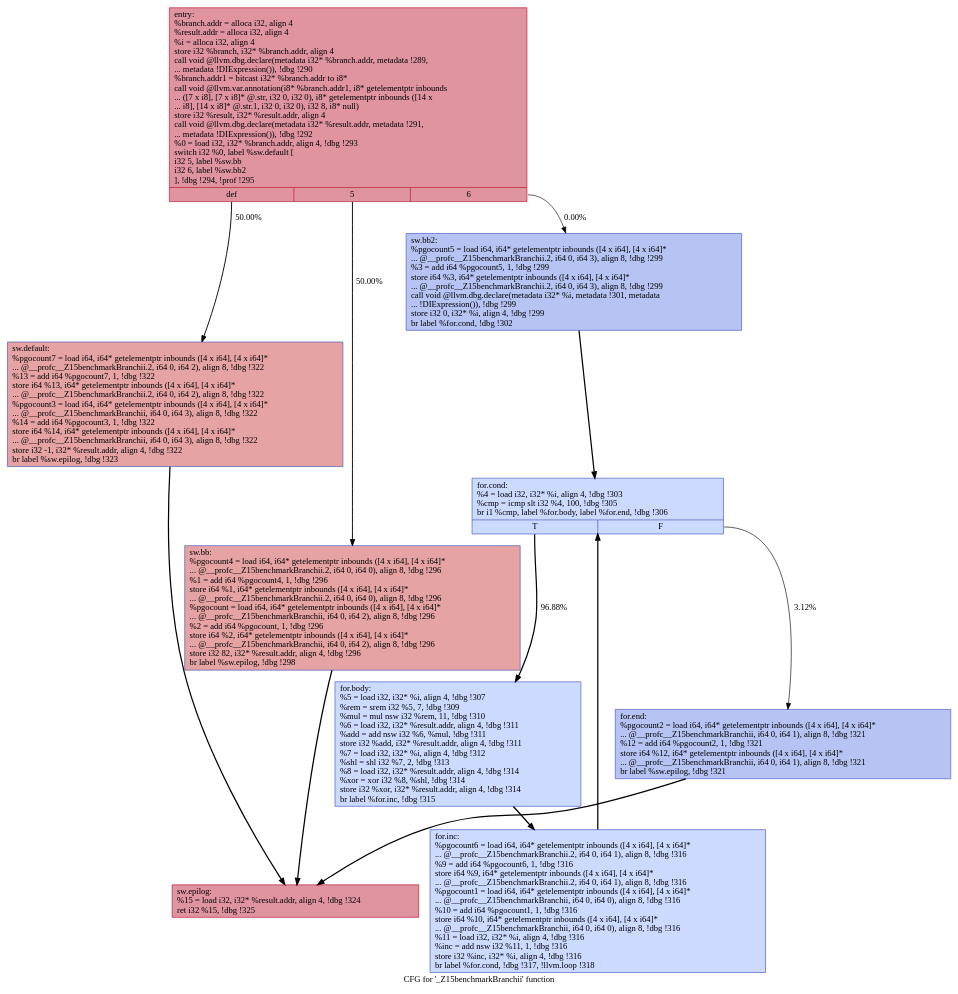
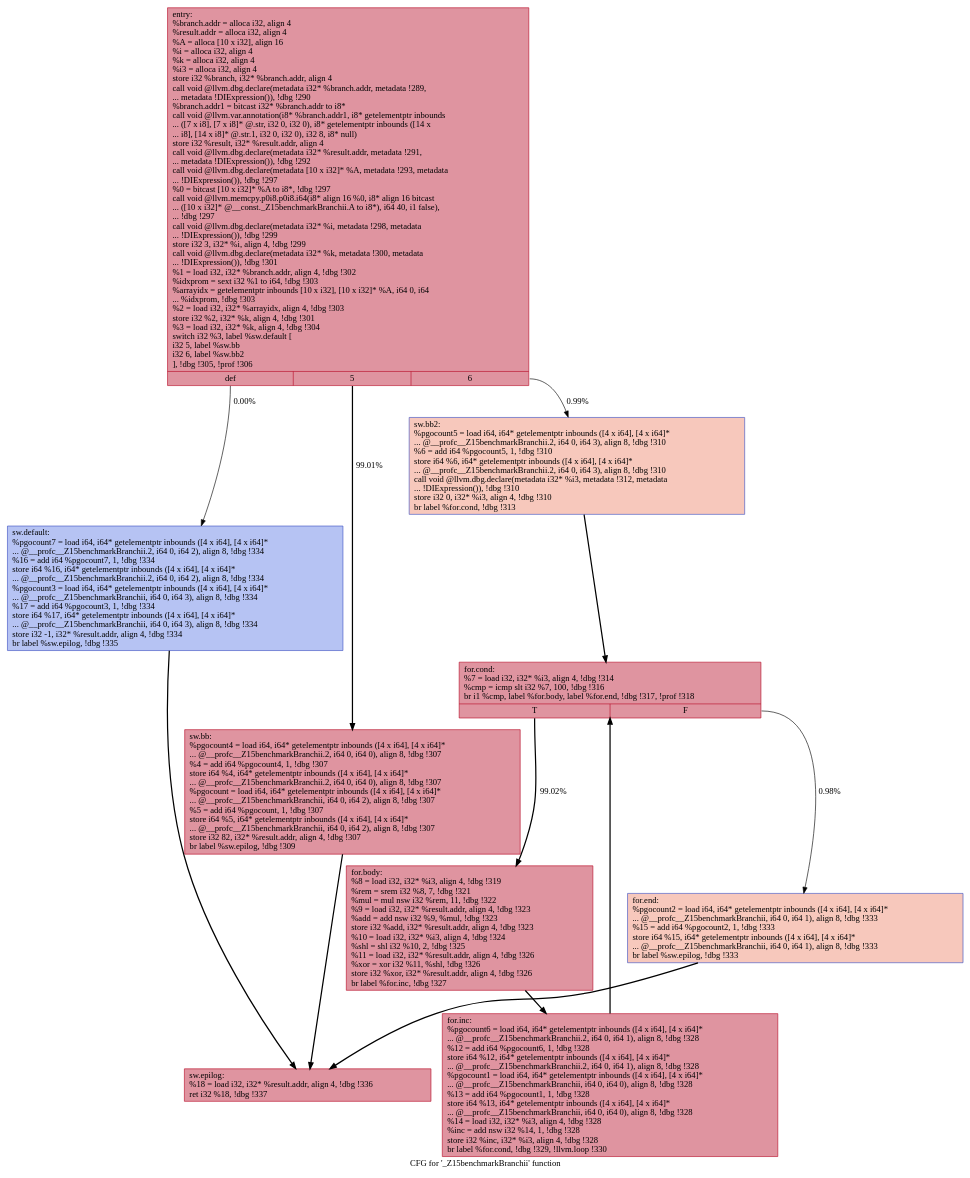
One commit to rudrajyotiroy/mirrormaze changed the diagram in benchmarks/correctness/dot/tmp/._Z15benchmarkBranchii.dot. Above: the diagram before and after it, drawn with Graphviz. The commit also changed 17 other files, not shown here.

```diff
--- a/benchmarks/correctness/dot/tmp/._Z15benchmarkBranchii.dot
+++ b/benchmarks/correctness/dot/tmp/._Z15benchmarkBranchii.dot
@@ -1,24 +1,24 @@
 digraph "CFG for '_Z15benchmarkBranchii' function" {
 	label="CFG for '_Z15benchmarkBranchii' function";
 
-	Node0x5641ddfcadd0 [shape=record,color="#b70d28ff", style=filled, fillcolor="#b70d2870",label="{entry:\l  %branch.addr = alloca i32, align 4\l  %result.addr = alloca i32, align 4\l  %i = alloca i32, align 4\l  store i32 %branch, i32* %branch.addr, align 4\l  call void @llvm.dbg.declare(metadata i32* %branch.addr, metadata !289,\l... metadata !DIExpression()), !dbg !290\l  %branch.addr1 = bitcast i32* %branch.addr to i8*\l  call void @llvm.var.annotation(i8* %branch.addr1, i8* getelementptr inbounds\l... ([7 x i8], [7 x i8]* @.str, i32 0, i32 0), i8* getelementptr inbounds ([14 x\l... i8], [14 x i8]* @.str.1, i32 0, i32 0), i32 8, i8* null)\l  store i32 %result, i32* %result.addr, align 4\l  call void @llvm.dbg.declare(metadata i32* %result.addr, metadata !291,\l... metadata !DIExpression()), !dbg !292\l  %0 = load i32, i32* %branch.addr, align 4, !dbg !293\l  switch i32 %0, label %sw.default [\l    i32 5, label %sw.bb\l    i32 6, label %sw.bb2\l  ], !dbg !294, !prof !295\l|{<s0>def|<s1>5|<s2>6}}"];
-	Node0x5641ddfcadd0:s0 -> Node0x5641ddfcb000[label="50.00%" penwidth=1.50];
-	Node0x5641ddfcadd0:s1 -> Node0x5641ddfcae20[label="50.00%" penwidth=1.50];
-	Node0x5641ddfcadd0:s2 -> Node0x5641ddfcae70[label="0.00%" penwidth=1.00];
-	Node0x5641ddfcae20 [shape=record,color="#3d50c3ff", style=filled, fillcolor="#c32e3170",label="{sw.bb:                                            \l  %pgocount4 = load i64, i64* getelementptr inbounds ([4 x i64], [4 x i64]*\l... @__profc__Z15benchmarkBranchii.2, i64 0, i64 0), align 8, !dbg !296\l  %1 = add i64 %pgocount4, 1, !dbg !296\l  store i64 %1, i64* getelementptr inbounds ([4 x i64], [4 x i64]*\l... @__profc__Z15benchmarkBranchii.2, i64 0, i64 0), align 8, !dbg !296\l  %pgocount = load i64, i64* getelementptr inbounds ([4 x i64], [4 x i64]*\l... @__profc__Z15benchmarkBranchii, i64 0, i64 2), align 8, !dbg !296\l  %2 = add i64 %pgocount, 1, !dbg !296\l  store i64 %2, i64* getelementptr inbounds ([4 x i64], [4 x i64]*\l... @__profc__Z15benchmarkBranchii, i64 0, i64 2), align 8, !dbg !296\l  store i32 82, i32* %result.addr, align 4, !dbg !296\l  br label %sw.epilog, !dbg !298\l}"];
-	Node0x5641ddfcae20 -> Node0x5641ddfcb050[penwidth=2];
-	Node0x5641ddfcae70 [shape=record,color="#3d50c3ff", style=filled, fillcolor="#5977e370",label="{sw.bb2:                                           \l  %pgocount5 = load i64, i64* getelementptr inbounds ([4 x i64], [4 x i64]*\l... @__profc__Z15benchmarkBranchii.2, i64 0, i64 3), align 8, !dbg !299\l  %3 = add i64 %pgocount5, 1, !dbg !299\l  store i64 %3, i64* getelementptr inbounds ([4 x i64], [4 x i64]*\l... @__profc__Z15benchmarkBranchii.2, i64 0, i64 3), align 8, !dbg !299\l  call void @llvm.dbg.declare(metadata i32* %i, metadata !301, metadata\l... !DIExpression()), !dbg !299\l  store i32 0, i32* %i, align 4, !dbg !299\l  br label %for.cond, !dbg !302\l}"];
-	Node0x5641ddfcae70 -> Node0x5641ddfcaec0[penwidth=2];
-	Node0x5641ddfcaec0 [shape=record,color="#3d50c3ff", style=filled, fillcolor="#88abfd70",label="{for.cond:                                         \l  %4 = load i32, i32* %i, align 4, !dbg !303\l  %cmp = icmp slt i32 %4, 100, !dbg !305\l  br i1 %cmp, label %for.body, label %for.end, !dbg !306\l|{<s0>T|<s1>F}}"];
-	Node0x5641ddfcaec0:s0 -> Node0x5641ddfcaf10[label="96.88%" penwidth=1.97];
-	Node0x5641ddfcaec0:s1 -> Node0x5641ddfcafb0[label="3.12%" penwidth=1.03];
-	Node0x5641ddfcaf10 [shape=record,color="#3d50c3ff", style=filled, fillcolor="#88abfd70",label="{for.body:                                         \l  %5 = load i32, i32* %i, align 4, !dbg !307\l  %rem = srem i32 %5, 7, !dbg !309\l  %mul = mul nsw i32 %rem, 11, !dbg !310\l  %6 = load i32, i32* %result.addr, align 4, !dbg !311\l  %add = add nsw i32 %6, %mul, !dbg !311\l  store i32 %add, i32* %result.addr, align 4, !dbg !311\l  %7 = load i32, i32* %i, align 4, !dbg !312\l  %shl = shl i32 %7, 2, !dbg !313\l  %8 = load i32, i32* %result.addr, align 4, !dbg !314\l  %xor = xor i32 %8, %shl, !dbg !314\l  store i32 %xor, i32* %result.addr, align 4, !dbg !314\l  br label %for.inc, !dbg !315\l}"];
-	Node0x5641ddfcaf10 -> Node0x5641ddfcaf60[penwidth=2];
-	Node0x5641ddfcaf60 [shape=record,color="#3d50c3ff", style=filled, fillcolor="#88abfd70",label="{for.inc:                                          \l  %pgocount6 = load i64, i64* getelementptr inbounds ([4 x i64], [4 x i64]*\l... @__profc__Z15benchmarkBranchii.2, i64 0, i64 1), align 8, !dbg !316\l  %9 = add i64 %pgocount6, 1, !dbg !316\l  store i64 %9, i64* getelementptr inbounds ([4 x i64], [4 x i64]*\l... @__profc__Z15benchmarkBranchii.2, i64 0, i64 1), align 8, !dbg !316\l  %pgocount1 = load i64, i64* getelementptr inbounds ([4 x i64], [4 x i64]*\l... @__profc__Z15benchmarkBranchii, i64 0, i64 0), align 8, !dbg !316\l  %10 = add i64 %pgocount1, 1, !dbg !316\l  store i64 %10, i64* getelementptr inbounds ([4 x i64], [4 x i64]*\l... @__profc__Z15benchmarkBranchii, i64 0, i64 0), align 8, !dbg !316\l  %11 = load i32, i32* %i, align 4, !dbg !316\l  %inc = add nsw i32 %11, 1, !dbg !316\l  store i32 %inc, i32* %i, align 4, !dbg !316\l  br label %for.cond, !dbg !317, !llvm.loop !318\l}"];
-	Node0x5641ddfcaf60 -> Node0x5641ddfcaec0[penwidth=2];
-	Node0x5641ddfcafb0 [shape=record,color="#3d50c3ff", style=filled, fillcolor="#5977e370",label="{for.end:                                          \l  %pgocount2 = load i64, i64* getelementptr inbounds ([4 x i64], [4 x i64]*\l... @__profc__Z15benchmarkBranchii, i64 0, i64 1), align 8, !dbg !321\l  %12 = add i64 %pgocount2, 1, !dbg !321\l  store i64 %12, i64* getelementptr inbounds ([4 x i64], [4 x i64]*\l... @__profc__Z15benchmarkBranchii, i64 0, i64 1), align 8, !dbg !321\l  br label %sw.epilog, !dbg !321\l}"];
-	Node0x5641ddfcafb0 -> Node0x5641ddfcb050[penwidth=2];
-	Node0x5641ddfcb000 [shape=record,color="#3d50c3ff", style=filled, fillcolor="#c32e3170",label="{sw.default:                                       \l  %pgocount7 = load i64, i64* getelementptr inbounds ([4 x i64], [4 x i64]*\l... @__profc__Z15benchmarkBranchii.2, i64 0, i64 2), align 8, !dbg !322\l  %13 = add i64 %pgocount7, 1, !dbg !322\l  store i64 %13, i64* getelementptr inbounds ([4 x i64], [4 x i64]*\l... @__profc__Z15benchmarkBranchii.2, i64 0, i64 2), align 8, !dbg !322\l  %pgocount3 = load i64, i64* getelementptr inbounds ([4 x i64], [4 x i64]*\l... @__profc__Z15benchmarkBranchii, i64 0, i64 3), align 8, !dbg !322\l  %14 = add i64 %pgocount3, 1, !dbg !322\l  store i64 %14, i64* getelementptr inbounds ([4 x i64], [4 x i64]*\l... @__profc__Z15benchmarkBranchii, i64 0, i64 3), align 8, !dbg !322\l  store i32 -1, i32* %result.addr, align 4, !dbg !322\l  br label %sw.epilog, !dbg !323\l}"];
-	Node0x5641ddfcb000 -> Node0x5641ddfcb050[penwidth=2];
-	Node0x5641ddfcb050 [shape=record,color="#b70d28ff", style=filled, fillcolor="#b70d2870",label="{sw.epilog:                                        \l  %15 = load i32, i32* %result.addr, align 4, !dbg !324\l  ret i32 %15, !dbg !325\l}"];
+	Node0x555f465a6780 [shape=record,color="#b70d28ff", style=filled, fillcolor="#b70d2870",label="{entry:\l  %branch.addr = alloca i32, align 4\l  %result.addr = alloca i32, align 4\l  %A = alloca [10 x i32], align 16\l  %i = alloca i32, align 4\l  %k = alloca i32, align 4\l  %i3 = alloca i32, align 4\l  store i32 %branch, i32* %branch.addr, align 4\l  call void @llvm.dbg.declare(metadata i32* %branch.addr, metadata !289,\l... metadata !DIExpression()), !dbg !290\l  %branch.addr1 = bitcast i32* %branch.addr to i8*\l  call void @llvm.var.annotation(i8* %branch.addr1, i8* getelementptr inbounds\l... ([7 x i8], [7 x i8]* @.str, i32 0, i32 0), i8* getelementptr inbounds ([14 x\l... i8], [14 x i8]* @.str.1, i32 0, i32 0), i32 8, i8* null)\l  store i32 %result, i32* %result.addr, align 4\l  call void @llvm.dbg.declare(metadata i32* %result.addr, metadata !291,\l... metadata !DIExpression()), !dbg !292\l  call void @llvm.dbg.declare(metadata [10 x i32]* %A, metadata !293, metadata\l... !DIExpression()), !dbg !297\l  %0 = bitcast [10 x i32]* %A to i8*, !dbg !297\l  call void @llvm.memcpy.p0i8.p0i8.i64(i8* align 16 %0, i8* align 16 bitcast\l... ([10 x i32]* @__const._Z15benchmarkBranchii.A to i8*), i64 40, i1 false),\l... !dbg !297\l  call void @llvm.dbg.declare(metadata i32* %i, metadata !298, metadata\l... !DIExpression()), !dbg !299\l  store i32 3, i32* %i, align 4, !dbg !299\l  call void @llvm.dbg.declare(metadata i32* %k, metadata !300, metadata\l... !DIExpression()), !dbg !301\l  %1 = load i32, i32* %branch.addr, align 4, !dbg !302\l  %idxprom = sext i32 %1 to i64, !dbg !303\l  %arrayidx = getelementptr inbounds [10 x i32], [10 x i32]* %A, i64 0, i64\l... %idxprom, !dbg !303\l  %2 = load i32, i32* %arrayidx, align 4, !dbg !303\l  store i32 %2, i32* %k, align 4, !dbg !301\l  %3 = load i32, i32* %k, align 4, !dbg !304\l  switch i32 %3, label %sw.default [\l    i32 5, label %sw.bb\l    i32 6, label %sw.bb2\l  ], !dbg !305, !prof !306\l|{<s0>def|<s1>5|<s2>6}}"];
+	Node0x555f465a6780:s0 -> Node0x555f465a69b0[label="0.00%" penwidth=1.00];
+	Node0x555f465a6780:s1 -> Node0x555f465a67d0[label="99.01%" penwidth=1.99];
+	Node0x555f465a6780:s2 -> Node0x555f465a6820[label="0.99%" penwidth=1.01];
+	Node0x555f465a67d0 [shape=record,color="#b70d28ff", style=filled, fillcolor="#b70d2870",label="{sw.bb:                                            \l  %pgocount4 = load i64, i64* getelementptr inbounds ([4 x i64], [4 x i64]*\l... @__profc__Z15benchmarkBranchii.2, i64 0, i64 0), align 8, !dbg !307\l  %4 = add i64 %pgocount4, 1, !dbg !307\l  store i64 %4, i64* getelementptr inbounds ([4 x i64], [4 x i64]*\l... @__profc__Z15benchmarkBranchii.2, i64 0, i64 0), align 8, !dbg !307\l  %pgocount = load i64, i64* getelementptr inbounds ([4 x i64], [4 x i64]*\l... @__profc__Z15benchmarkBranchii, i64 0, i64 2), align 8, !dbg !307\l  %5 = add i64 %pgocount, 1, !dbg !307\l  store i64 %5, i64* getelementptr inbounds ([4 x i64], [4 x i64]*\l... @__profc__Z15benchmarkBranchii, i64 0, i64 2), align 8, !dbg !307\l  store i32 82, i32* %result.addr, align 4, !dbg !307\l  br label %sw.epilog, !dbg !309\l}"];
+	Node0x555f465a67d0 -> Node0x555f465a6a00[penwidth=2];
+	Node0x555f465a6820 [shape=record,color="#3d50c3ff", style=filled, fillcolor="#ed836670",label="{sw.bb2:                                           \l  %pgocount5 = load i64, i64* getelementptr inbounds ([4 x i64], [4 x i64]*\l... @__profc__Z15benchmarkBranchii.2, i64 0, i64 3), align 8, !dbg !310\l  %6 = add i64 %pgocount5, 1, !dbg !310\l  store i64 %6, i64* getelementptr inbounds ([4 x i64], [4 x i64]*\l... @__profc__Z15benchmarkBranchii.2, i64 0, i64 3), align 8, !dbg !310\l  call void @llvm.dbg.declare(metadata i32* %i3, metadata !312, metadata\l... !DIExpression()), !dbg !310\l  store i32 0, i32* %i3, align 4, !dbg !310\l  br label %for.cond, !dbg !313\l}"];
+	Node0x555f465a6820 -> Node0x555f465a6870[penwidth=2];
+	Node0x555f465a6870 [shape=record,color="#b70d28ff", style=filled, fillcolor="#b70d2870",label="{for.cond:                                         \l  %7 = load i32, i32* %i3, align 4, !dbg !314\l  %cmp = icmp slt i32 %7, 100, !dbg !316\l  br i1 %cmp, label %for.body, label %for.end, !dbg !317, !prof !318\l|{<s0>T|<s1>F}}"];
+	Node0x555f465a6870:s0 -> Node0x555f465a68c0[label="99.02%" penwidth=1.99];
+	Node0x555f465a6870:s1 -> Node0x555f465a6960[label="0.98%" penwidth=1.01];
+	Node0x555f465a68c0 [shape=record,color="#b70d28ff", style=filled, fillcolor="#b70d2870",label="{for.body:                                         \l  %8 = load i32, i32* %i3, align 4, !dbg !319\l  %rem = srem i32 %8, 7, !dbg !321\l  %mul = mul nsw i32 %rem, 11, !dbg !322\l  %9 = load i32, i32* %result.addr, align 4, !dbg !323\l  %add = add nsw i32 %9, %mul, !dbg !323\l  store i32 %add, i32* %result.addr, align 4, !dbg !323\l  %10 = load i32, i32* %i3, align 4, !dbg !324\l  %shl = shl i32 %10, 2, !dbg !325\l  %11 = load i32, i32* %result.addr, align 4, !dbg !326\l  %xor = xor i32 %11, %shl, !dbg !326\l  store i32 %xor, i32* %result.addr, align 4, !dbg !326\l  br label %for.inc, !dbg !327\l}"];
+	Node0x555f465a68c0 -> Node0x555f465a6910[penwidth=2];
+	Node0x555f465a6910 [shape=record,color="#b70d28ff", style=filled, fillcolor="#b70d2870",label="{for.inc:                                          \l  %pgocount6 = load i64, i64* getelementptr inbounds ([4 x i64], [4 x i64]*\l... @__profc__Z15benchmarkBranchii.2, i64 0, i64 1), align 8, !dbg !328\l  %12 = add i64 %pgocount6, 1, !dbg !328\l  store i64 %12, i64* getelementptr inbounds ([4 x i64], [4 x i64]*\l... @__profc__Z15benchmarkBranchii.2, i64 0, i64 1), align 8, !dbg !328\l  %pgocount1 = load i64, i64* getelementptr inbounds ([4 x i64], [4 x i64]*\l... @__profc__Z15benchmarkBranchii, i64 0, i64 0), align 8, !dbg !328\l  %13 = add i64 %pgocount1, 1, !dbg !328\l  store i64 %13, i64* getelementptr inbounds ([4 x i64], [4 x i64]*\l... @__profc__Z15benchmarkBranchii, i64 0, i64 0), align 8, !dbg !328\l  %14 = load i32, i32* %i3, align 4, !dbg !328\l  %inc = add nsw i32 %14, 1, !dbg !328\l  store i32 %inc, i32* %i3, align 4, !dbg !328\l  br label %for.cond, !dbg !329, !llvm.loop !330\l}"];
+	Node0x555f465a6910 -> Node0x555f465a6870[penwidth=2];
+	Node0x555f465a6960 [shape=record,color="#3d50c3ff", style=filled, fillcolor="#ed836670",label="{for.end:                                          \l  %pgocount2 = load i64, i64* getelementptr inbounds ([4 x i64], [4 x i64]*\l... @__profc__Z15benchmarkBranchii, i64 0, i64 1), align 8, !dbg !333\l  %15 = add i64 %pgocount2, 1, !dbg !333\l  store i64 %15, i64* getelementptr inbounds ([4 x i64], [4 x i64]*\l... @__profc__Z15benchmarkBranchii, i64 0, i64 1), align 8, !dbg !333\l  br label %sw.epilog, !dbg !333\l}"];
+	Node0x555f465a6960 -> Node0x555f465a6a00[penwidth=2];
+	Node0x555f465a69b0 [shape=record,color="#3d50c3ff", style=filled, fillcolor="#5977e370",label="{sw.default:                                       \l  %pgocount7 = load i64, i64* getelementptr inbounds ([4 x i64], [4 x i64]*\l... @__profc__Z15benchmarkBranchii.2, i64 0, i64 2), align 8, !dbg !334\l  %16 = add i64 %pgocount7, 1, !dbg !334\l  store i64 %16, i64* getelementptr inbounds ([4 x i64], [4 x i64]*\l... @__profc__Z15benchmarkBranchii.2, i64 0, i64 2), align 8, !dbg !334\l  %pgocount3 = load i64, i64* getelementptr inbounds ([4 x i64], [4 x i64]*\l... @__profc__Z15benchmarkBranchii, i64 0, i64 3), align 8, !dbg !334\l  %17 = add i64 %pgocount3, 1, !dbg !334\l  store i64 %17, i64* getelementptr inbounds ([4 x i64], [4 x i64]*\l... @__profc__Z15benchmarkBranchii, i64 0, i64 3), align 8, !dbg !334\l  store i32 -1, i32* %result.addr, align 4, !dbg !334\l  br label %sw.epilog, !dbg !335\l}"];
+	Node0x555f465a69b0 -> Node0x555f465a6a00[penwidth=2];
+	Node0x555f465a6a00 [shape=record,color="#b70d28ff", style=filled, fillcolor="#b70d2870",label="{sw.epilog:                                        \l  %18 = load i32, i32* %result.addr, align 4, !dbg !336\l  ret i32 %18, !dbg !337\l}"];
 }
```
